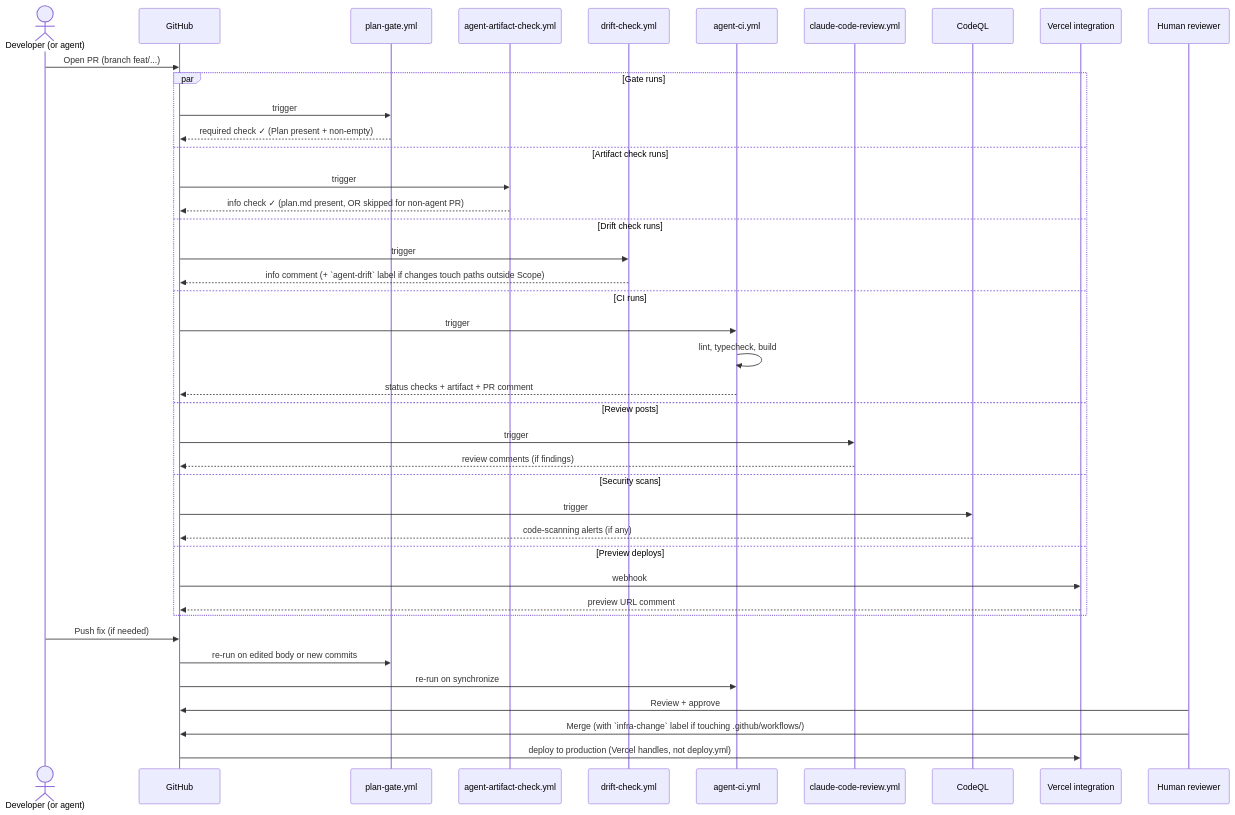
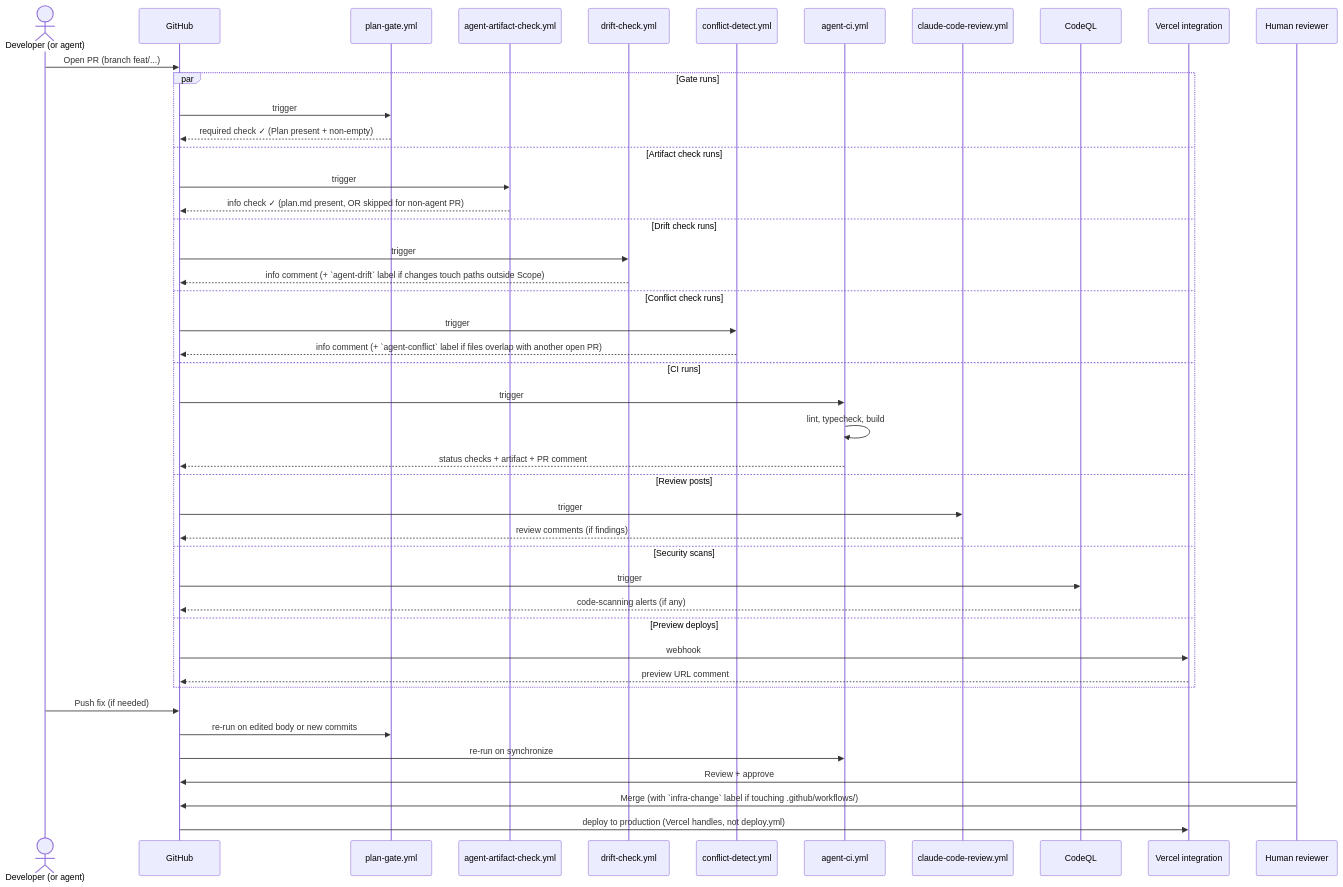
The second of 3 diagrams in docs/WORKFLOWS.md (lpt-labs/london-premium-transfers), drawn with Mermaid before and after one commit. The commit also changed other lines of this file, not shown here.

First line of the commit message:
docs(workflows): document conflict-detect workflow

````diff
--- a/docs/WORKFLOWS.md
+++ b/docs/WORKFLOWS.md
@@ -106,47 +113,51 @@
 ```mermaid
 sequenceDiagram
     actor Dev as Developer (or agent)
     participant GH as GitHub
     participant Gate as plan-gate.yml
     participant Artifact as agent-artifact-check.yml
     participant Drift as drift-check.yml
+    participant Conflict as conflict-detect.yml
     participant CI as agent-ci.yml
     participant Review as claude-code-review.yml
     participant CodeQL as CodeQL
     participant Vercel as Vercel integration
     participant Human as Human reviewer
 
     Dev->>GH: Open PR (branch feat/...)
 
     par Gate runs
         GH->>Gate: trigger
         Gate-->>GH: required check ✓ (Plan present + non-empty)
     and Artifact check runs
         GH->>Artifact: trigger
         Artifact-->>GH: info check ✓ (plan.md present, OR skipped for non-agent PR)
     and Drift check runs
         GH->>Drift: trigger
         Drift-->>GH: info comment (+ `agent-drift` label if changes touch paths outside Scope)
+    and Conflict check runs
+        GH->>Conflict: trigger
+        Conflict-->>GH: info comment (+ `agent-conflict` label if files overlap with another open PR)
     and CI runs
         GH->>CI: trigger
         CI->>CI: lint, typecheck, build
         CI-->>GH: status checks + artifact + PR comment
     and Review posts
         GH->>Review: trigger
         Review-->>GH: review comments (if findings)
     and Security scans
         GH->>CodeQL: trigger
         CodeQL-->>GH: code-scanning alerts (if any)
     and Preview deploys
         GH->>Vercel: webhook
         Vercel-->>GH: preview URL comment
     end
 
     Dev->>GH: Push fix (if needed)
     GH->>Gate: re-run on edited body or new commits
     GH->>CI: re-run on synchronize
 
     Human->>GH: Review + approve
     Human->>GH: Merge (with `infra-change` label if touching .github/workflows/)
     GH->>Vercel: deploy to production (Vercel handles, not deploy.yml)
 ```
````
